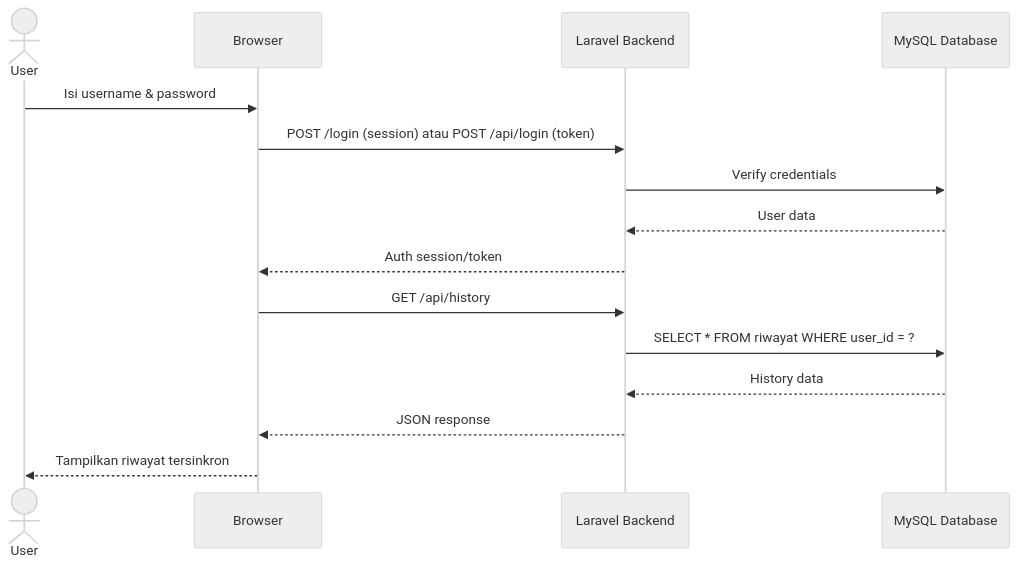
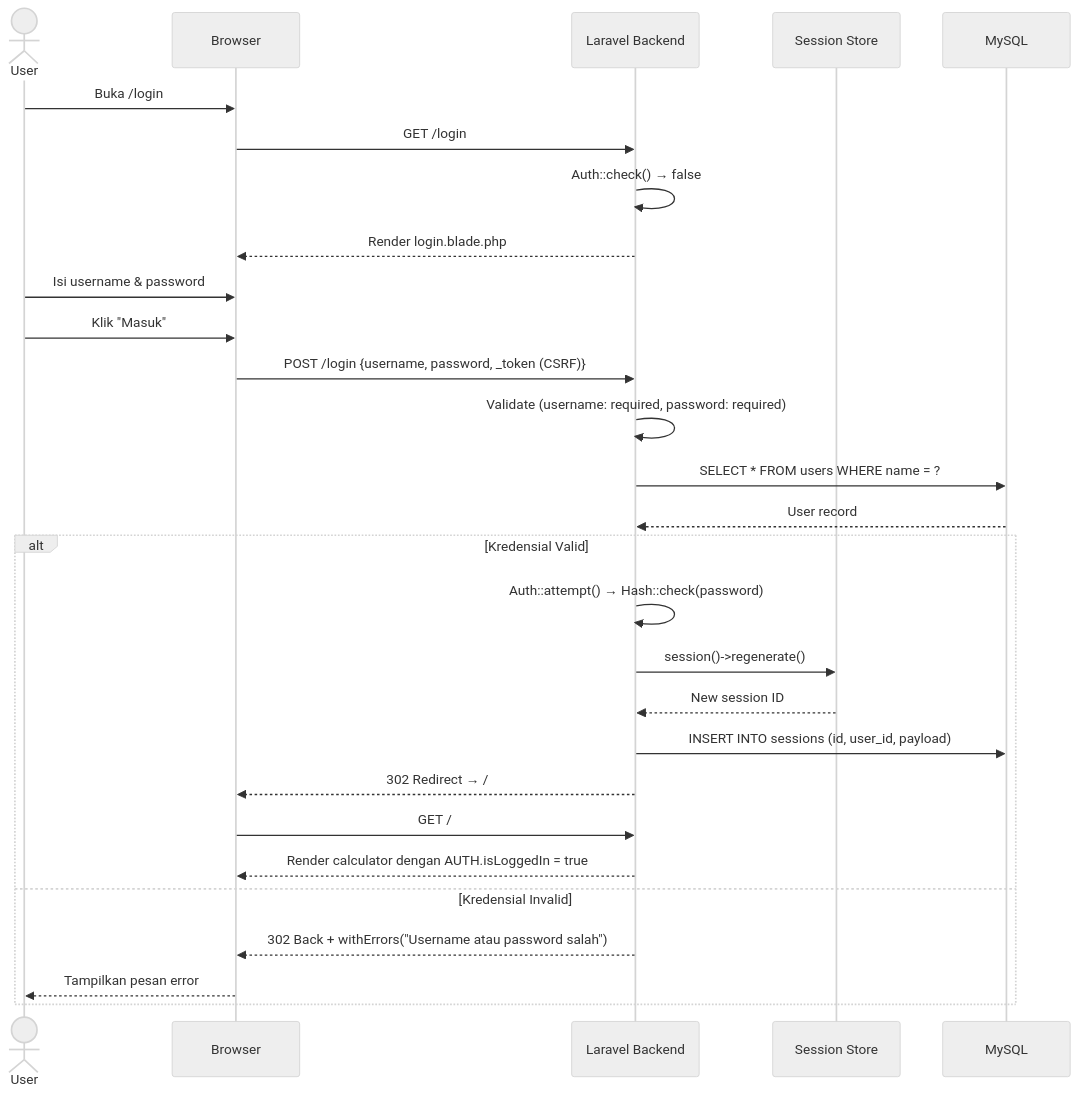
One commit to falcon-ioi/Caclcon changed the sixth of 12 diagrams in e-concalc-web/README.md. Above: the diagram before and after it, drawn with Mermaid (neutral theme). The commit also changed other lines of this file, not shown here.

Commit message:
docs: add detailed sequence diagrams (6 flows: Calculator, Login, Google OAuth, Register, Currency, History)

````diff
--- a/e-concalc-web/README.md
+++ b/e-concalc-web/README.md
@@ -211,18 +229,34 @@
 ```mermaid
 sequenceDiagram
     actor User
     participant Browser
     participant Laravel as Laravel Backend
-    participant DB as MySQL Database
+    participant Session as Session Store
+    participant DB as MySQL
+
+    User->>Browser: Buka /login
+    Browser->>Laravel: GET /login
+    Laravel->>Laravel: Auth::check() → false
+    Laravel-->>Browser: Render login.blade.php
 
     User->>Browser: Isi username & password
-    Browser->>Laravel: POST /login (session) atau POST /api/login (token)
-    Laravel->>DB: Verify credentials
-    DB-->>Laravel: User data
-    Laravel-->>Browser: Auth session/token
-    Browser->>Laravel: GET /api/history
-    Laravel->>DB: SELECT * FROM riwayat WHERE user_id = ?
-    DB-->>Laravel: History data
-    Laravel-->>Browser: JSON response
-    Browser-->>User: Tampilkan riwayat tersinkron
+    User->>Browser: Klik "Masuk"
+    Browser->>Laravel: POST /login {username, password, _token (CSRF)}
+
+    Laravel->>Laravel: Validate (username: required, password: required)
+    Laravel->>DB: SELECT * FROM users WHERE name = ?
+    DB-->>Laravel: User record
+
+    alt Kredensial Valid
+        Laravel->>Laravel: Auth::attempt() → Hash::check(password)
+        Laravel->>Session: session()->regenerate()
+        Session-->>Laravel: New session ID
+        Laravel->>DB: INSERT INTO sessions (id, user_id, payload)
+        Laravel-->>Browser: 302 Redirect → /
+        Browser->>Laravel: GET /
+        Laravel-->>Browser: Render calculator dengan AUTH.isLoggedIn = true
+    else Kredensial Invalid
+        Laravel-->>Browser: 302 Back + withErrors("Username atau password salah")
+        Browser-->>User: Tampilkan pesan error
+    end
 ```
````
